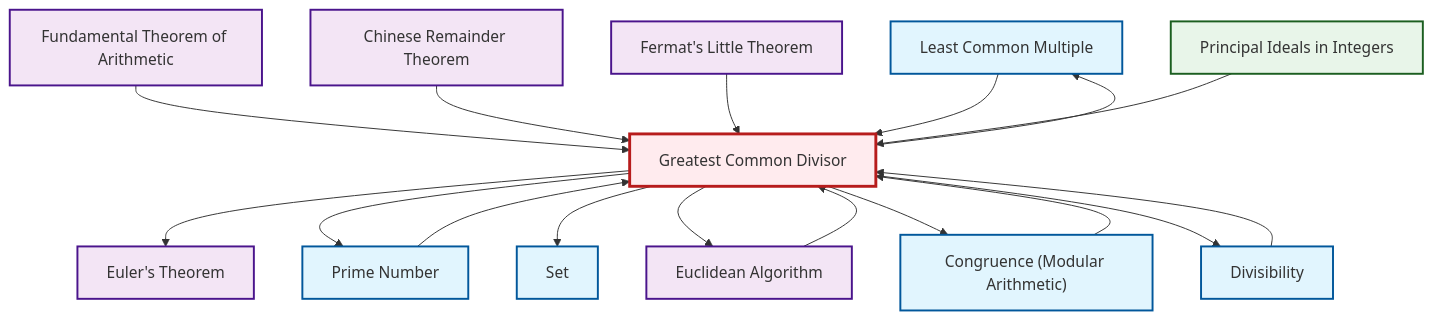
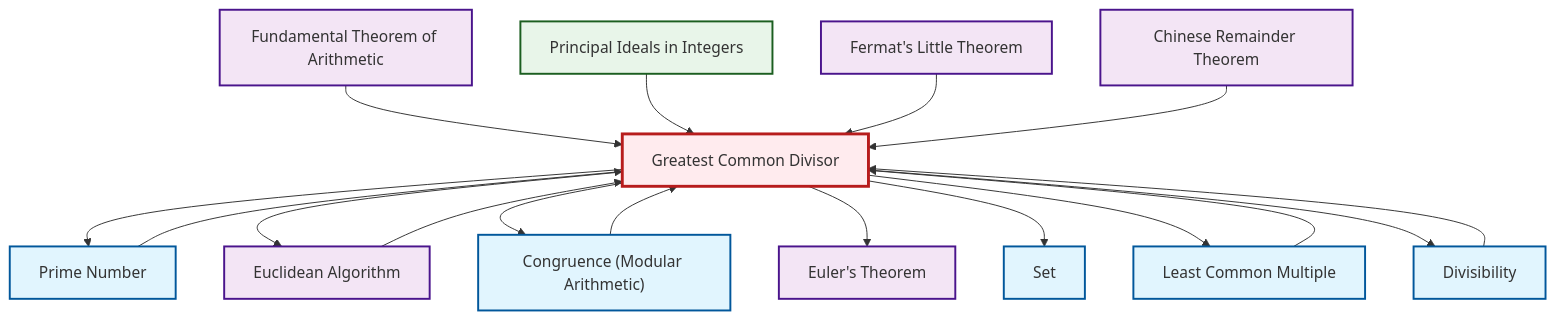
The diagram in output/mermaid/en/def-gcd.mermaid (RK0429/ModernMath), drawn with Mermaid before and after one commit. The commit also changed other lines of this file and 1745 other files, not shown here.

```diff
--- a/output/mermaid/en/def-gcd.mermaid
+++ b/output/mermaid/en/def-gcd.mermaid
@@ -1,35 +1,35 @@
 graph TD
     classDef definition fill:#e1f5fe,stroke:#01579b,stroke-width:2px
     classDef theorem fill:#f3e5f5,stroke:#4a148c,stroke-width:2px
     classDef axiom fill:#fff3e0,stroke:#e65100,stroke-width:2px
     classDef example fill:#e8f5e9,stroke:#1b5e20,stroke-width:2px
     classDef current fill:#ffebee,stroke:#b71c1c,stroke-width:3px
+    thm-fermat-little["Fermat's Little Theorem"]:::theorem
+    def-prime["Prime Number"]:::definition
+    thm-euclidean-algorithm["Euclidean Algorithm"]:::theorem
     def-lcm["Least Common Multiple"]:::definition
-    thm-fermat-little["Fermat's Little Theorem"]:::theorem
     def-gcd["Greatest Common Divisor"]:::definition
-    thm-euclidean-algorithm["Euclidean Algorithm"]:::theorem
+    def-set["Set"]:::definition
+    thm-euler["Euler's Theorem"]:::theorem
+    thm-fundamental-arithmetic["Fundamental Theorem of Arithmetic"]:::theorem
     ex-principal-ideal["Principal Ideals in Integers"]:::example
     def-congruence["Congruence (Modular Arithmetic)"]:::definition
-    def-prime["Prime Number"]:::definition
-    thm-fundamental-arithmetic["Fundamental Theorem of Arithmetic"]:::theorem
-    def-set["Set"]:::definition
     def-divisibility["Divisibility"]:::definition
-    thm-euler["Euler's Theorem"]:::theorem
     thm-chinese-remainder["Chinese Remainder Theorem"]:::theorem
+    def-lcm --> def-gcd
+    def-gcd --> def-prime
+    def-gcd --> thm-euclidean-algorithm
+    def-gcd --> def-congruence
+    def-gcd --> thm-euler
+    def-prime --> def-gcd
+    thm-fundamental-arithmetic --> def-gcd
+    thm-euclidean-algorithm --> def-gcd
     def-divisibility --> def-gcd
-    def-gcd --> thm-euler
-    def-gcd --> def-prime
-    thm-fundamental-arithmetic --> def-gcd
     def-gcd --> def-set
+    ex-principal-ideal --> def-gcd
+    thm-fermat-little --> def-gcd
+    def-congruence --> def-gcd
     thm-chinese-remainder --> def-gcd
-    thm-fermat-little --> def-gcd
-    thm-euclidean-algorithm --> def-gcd
-    def-gcd --> thm-euclidean-algorithm
     def-gcd --> def-lcm
-    def-gcd --> def-congruence
-    def-congruence --> def-gcd
-    def-lcm --> def-gcd
     def-gcd --> def-divisibility
-    def-prime --> def-gcd
-    ex-principal-ideal --> def-gcd
     class def-gcd current
```
